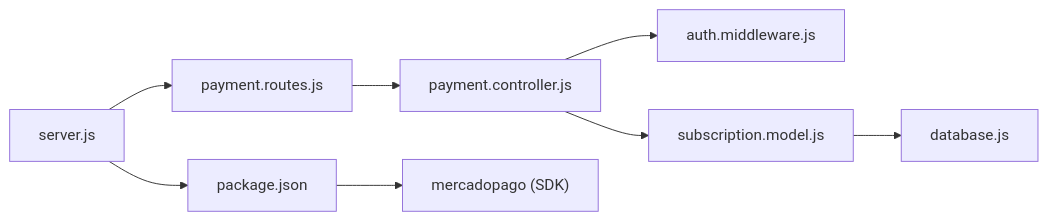
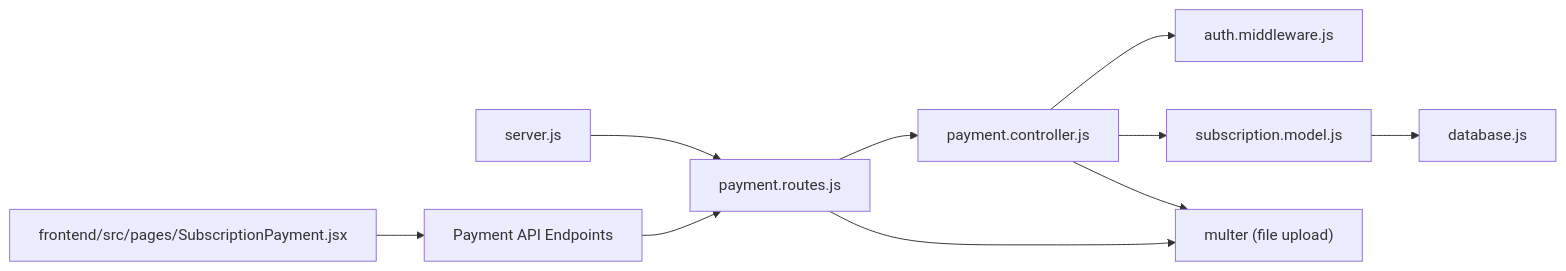
The fourth of 5 diagrams in .qoder/repowiki/en/content/Backend API Documentation/Payment Processing.md (Alexandrexicara/craque-vision), drawn with Mermaid before and after one commit. The commit also changed other lines of this file and 10 other files, not shown here.

````diff
--- a/.qoder/repowiki/en/content/Backend API Documentation/Payment Processing.md
+++ b/.qoder/repowiki/en/content/Backend API Documentation/Payment Processing.md
@@ -262,10 +358,12 @@
 ```mermaid
 graph LR
 Server["server.js"] --> Routes["payment.routes.js"]
 Routes --> Controller["payment.controller.js"]
 Controller --> Auth["auth.middleware.js"]
 Controller --> Model["subscription.model.js"]
 Model --> DB["database.js"]
-Server --> Package["package.json"]
-Package --> MP["mercadopago (SDK)"]
+Routes --> Multer["multer (file upload)"]
+Controller --> Multer
+Frontend["frontend/src/pages/SubscriptionPayment.jsx"] --> API["Payment API Endpoints"]
+API --> Routes
 ```
````
